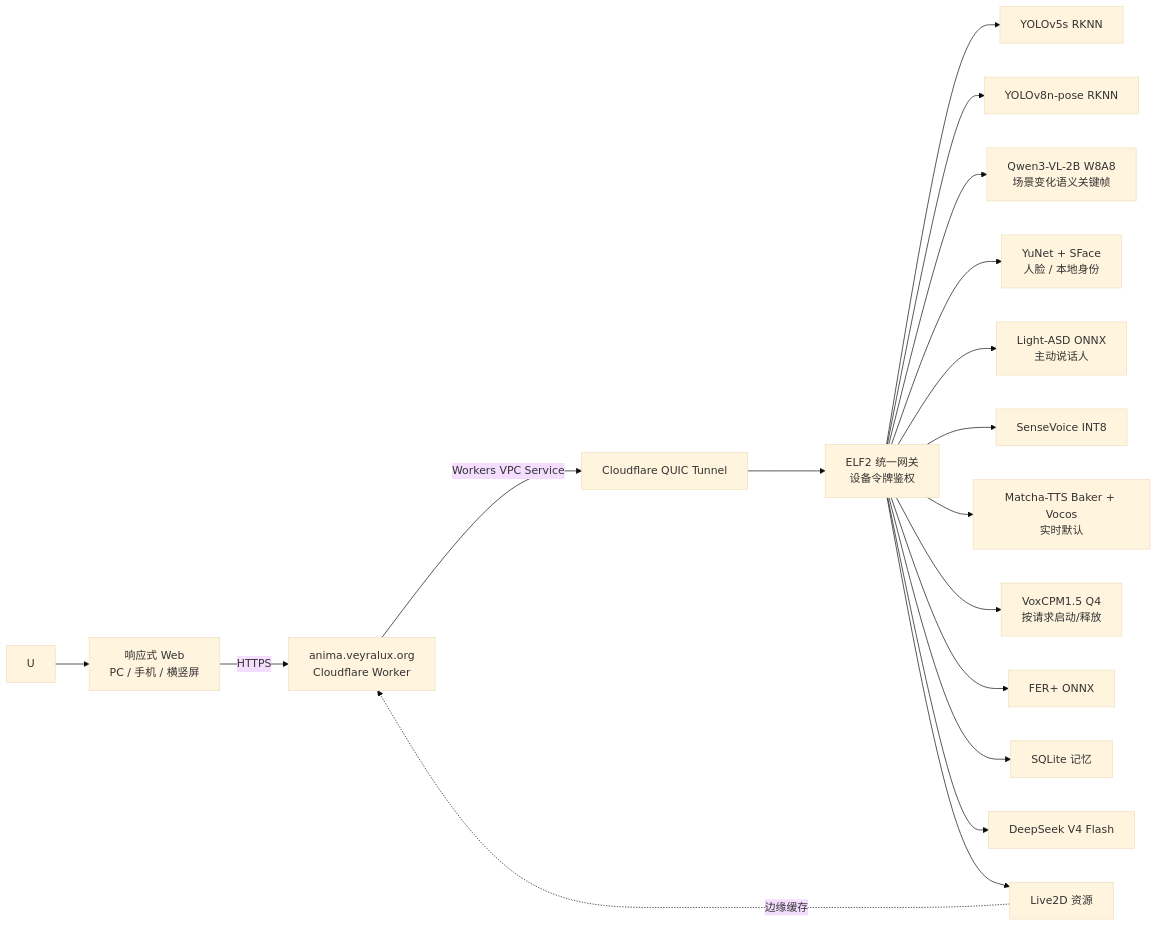
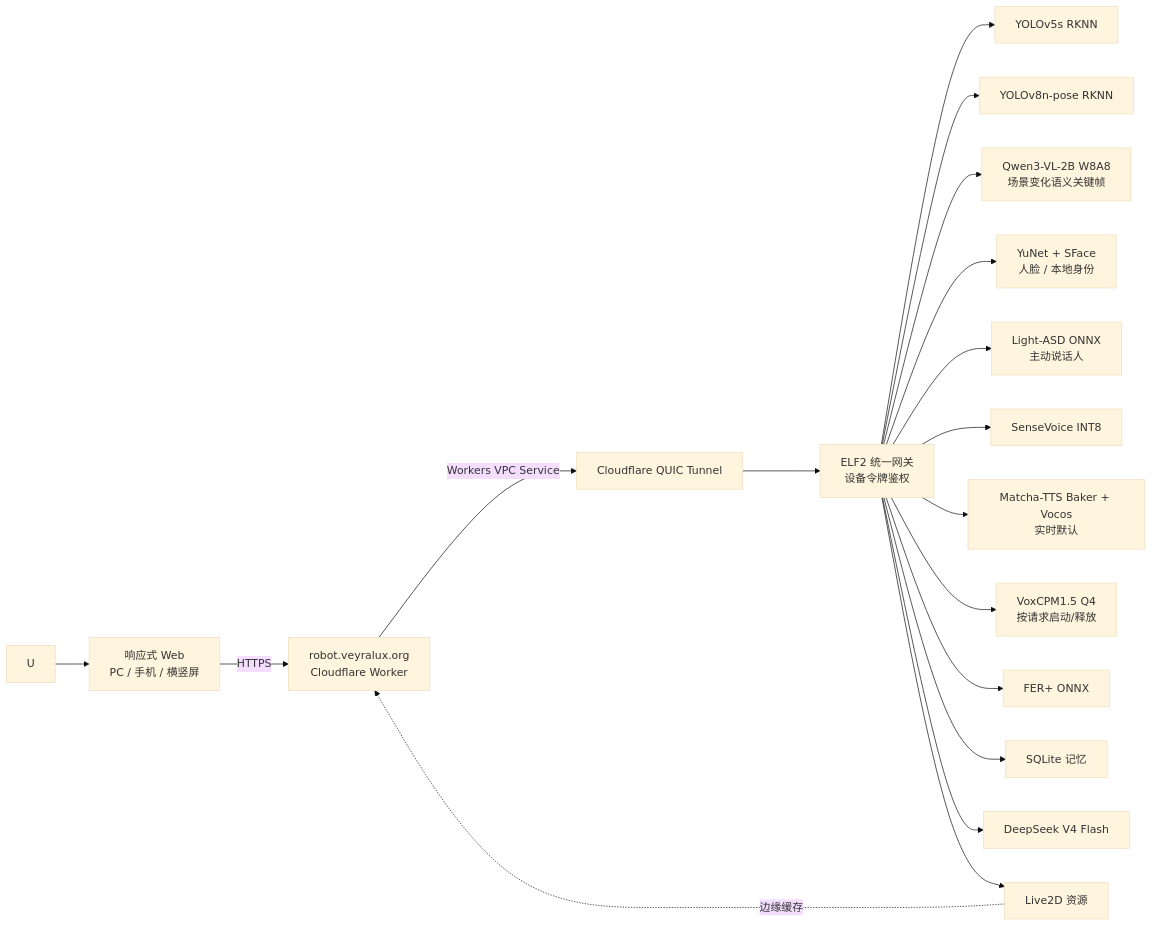
Before and after one commit to rayL-K/Viusual_Companion_Robot: the diagram in README.md, drawn with Mermaid (base theme). The commit also changed other lines of this file and 26 other files, not shown here.

````diff
--- a/README.md
+++ b/README.md
@@ -15,20 +15,20 @@
 ```mermaid
 flowchart LR
     U --> WEB["响应式 Web\nPC / 手机 / 横竖屏"]
-    WEB -->|"HTTPS"| EDGE["anima.veyralux.org\nCloudflare Worker"]
+    WEB -->|"HTTPS"| EDGE["robot.veyralux.org\nCloudflare Worker"]
     EDGE -->|"Workers VPC Service"| TUNNEL["Cloudflare QUIC Tunnel"]
     TUNNEL --> GW["ELF2 统一网关\n设备令牌鉴权"]
     GW --> YOLO["YOLOv5s RKNN"]
     GW --> POSE["YOLOv8n-pose RKNN"]
     GW --> VLM["Qwen3-VL-2B W8A8\n场景变化语义关键帧"]
     GW --> FACE["YuNet + SFace\n人脸 / 本地身份"]
     GW --> ASD["Light-ASD ONNX\n主动说话人"]
     GW --> ASR["SenseVoice INT8"]
     GW --> TTS["Matcha-TTS Baker + Vocos\n实时默认"]
     GW --> VOX["VoxCPM1.5 Q4\n按请求启动/释放"]
     GW --> FER["FER+ ONNX"]
     GW --> MEM["SQLite 记忆"]
     GW --> DS["DeepSeek V4 Flash"]
     GW --> ASSET["Live2D 资源"]
     ASSET -.->|"边缘缓存"| EDGE
 ```
````
